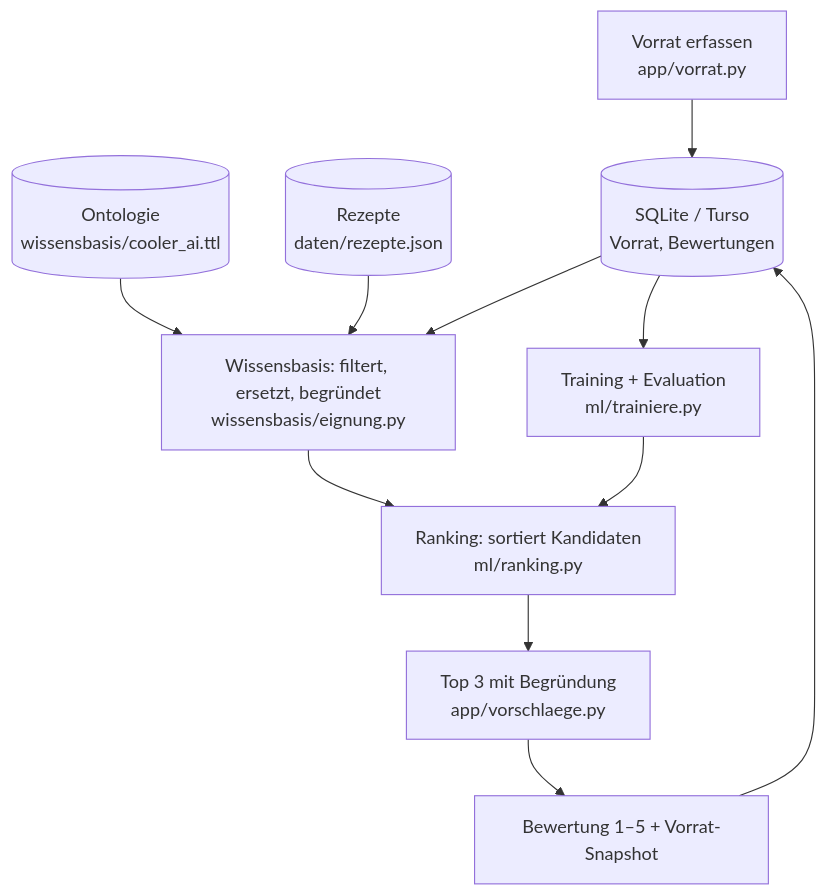
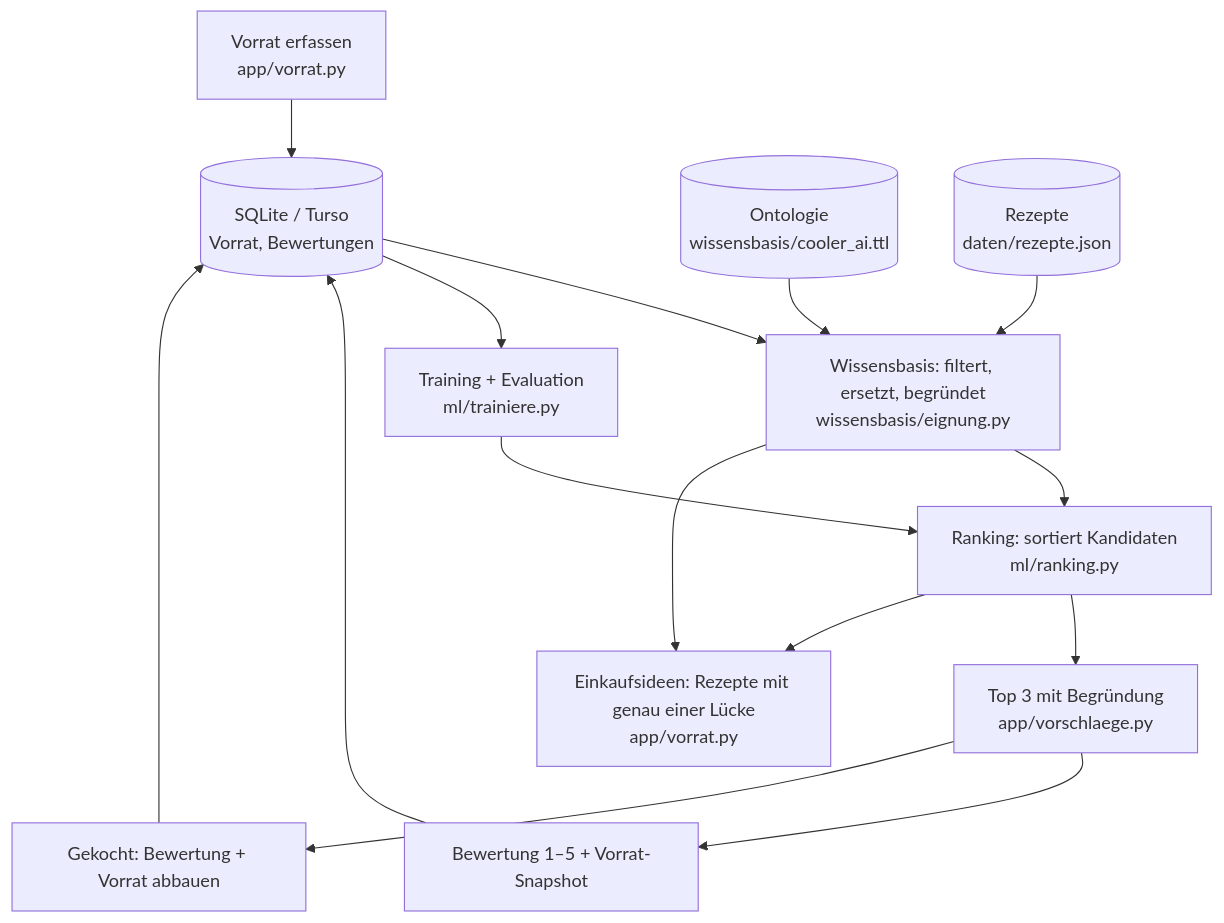
One commit to FHNWjanwolf/Cooler-AI changed the diagram in docs/architektur.md. Above: the diagram before and after it, drawn with Mermaid. The commit also changed other lines of this file and 11 other files, not shown here.

First line of the commit message:
Gekocht-Dialog baut den Vorrat ab, Einkaufsideen mit ML-Gewichtung

````diff
--- a/docs/architektur.md
+++ b/docs/architektur.md
@@ -3,13 +3,17 @@
 ```mermaid
 flowchart TD
     A[Vorrat erfassen<br>app/vorrat.py] --> B[(SQLite / Turso<br>Vorrat, Bewertungen)]
     O[(Ontologie<br>wissensbasis/cooler_ai.ttl)] --> C
     R[(Rezepte<br>daten/rezepte.json)] --> C
     B --> C[Wissensbasis: filtert, ersetzt, begründet<br>wissensbasis/eignung.py]
     C --> D[Ranking: sortiert Kandidaten<br>ml/ranking.py]
     D --> E[Top 3 mit Begründung<br>app/vorschlaege.py]
     E --> F[Bewertung 1–5 + Vorrat-Snapshot]
+    E --> K[Gekocht: Bewertung + Vorrat abbauen]
     F --> B
+    K --> B
+    C --> H[Einkaufsideen: Rezepte mit genau einer Lücke<br>app/vorrat.py]
+    D --> H
     B --> G[Training + Evaluation<br>ml/trainiere.py]
     G --> D
 ```
````
